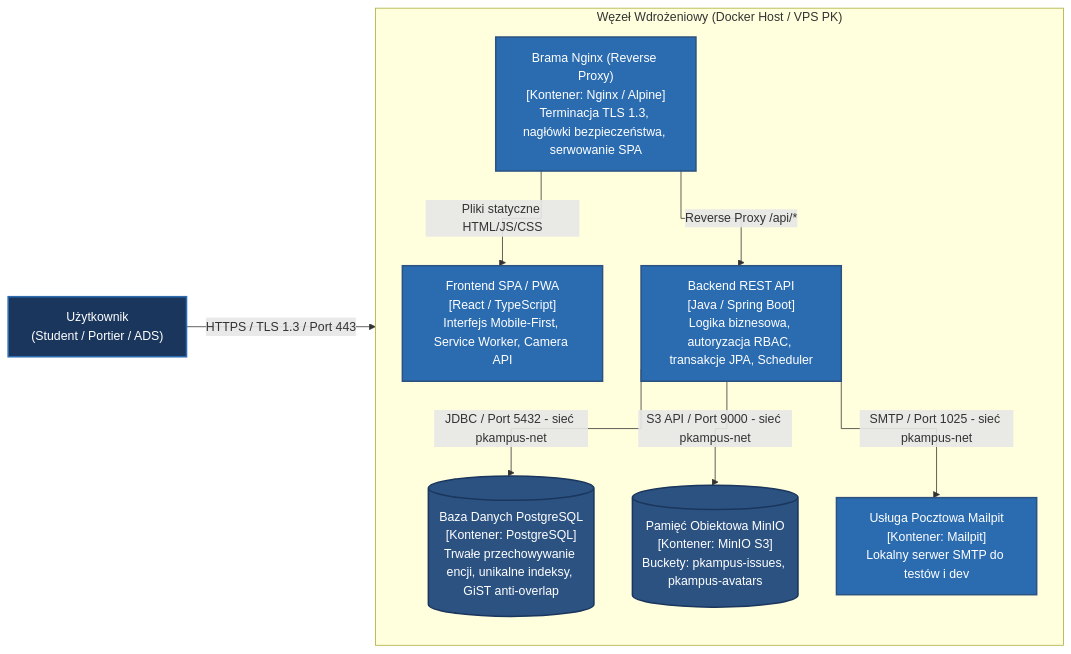
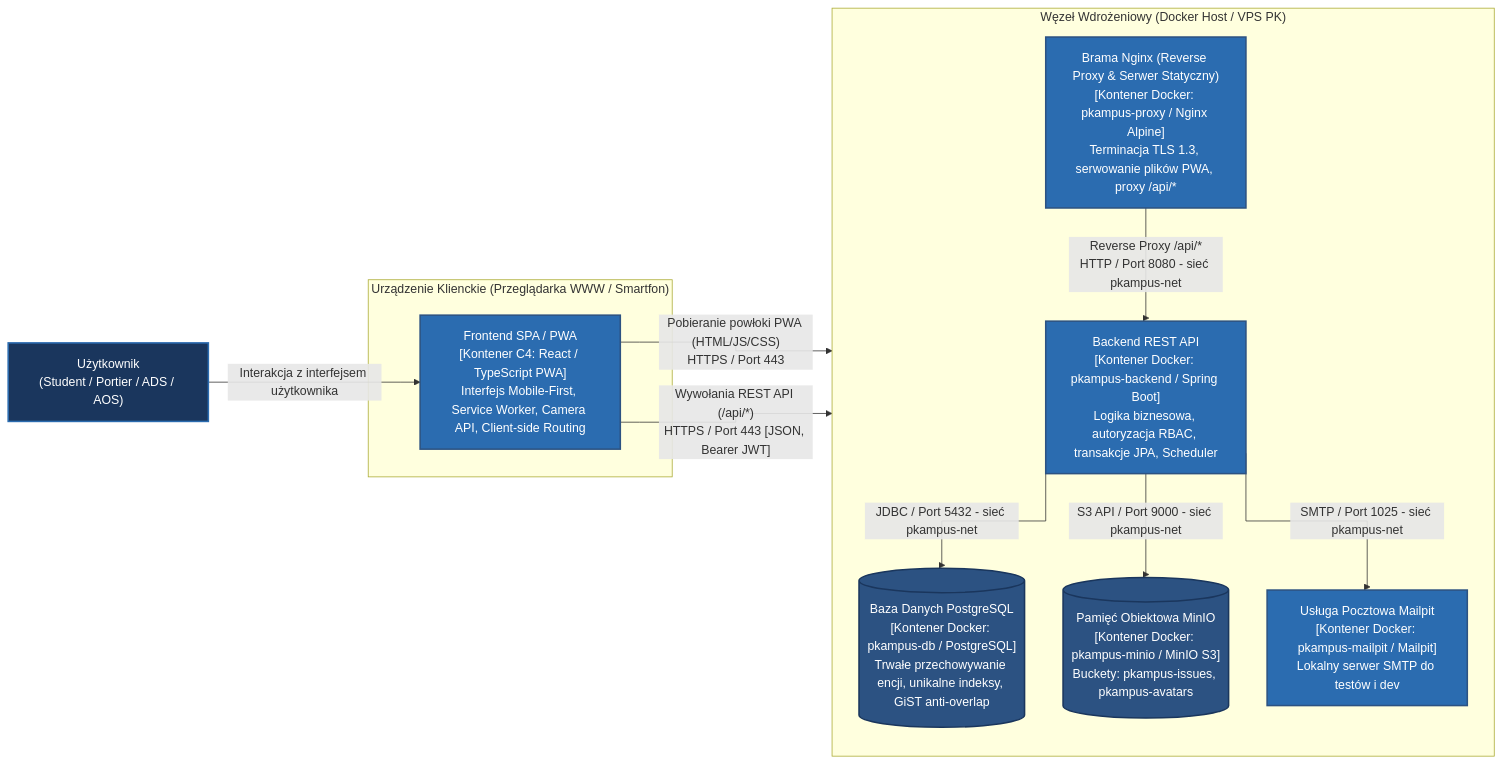
Before and after one commit to Buczy8/PKampus: the second of 3 diagrams in Docs/Diagram_Komponentow_C4.md, drawn with Mermaid. The commit also changed other lines of this file, not shown here.

Commit message:
docs: update C4 container diagram for PKampus system, enhancing clarity on components and interactions

````diff
--- a/Docs/Diagram_Komponentow_C4.md
+++ b/Docs/Diagram_Komponentow_C4.md
@@ -43,33 +50,36 @@
 ```mermaid
 %%{init: {'flowchart': {'curve': 'stepBefore'}}}%%
 flowchart LR
     classDef userStyle fill:#1a365d,stroke:#2b6cb0,stroke-width:2px,color:#fff;
     classDef containerStyle fill:#2b6cb0,stroke:#2c5282,stroke-width:2px,color:#fff;
     classDef dbStyle fill:#2c5282,stroke:#1a365d,stroke-width:2px,color:#fff;
 
-    USER["Użytkownik<br/>(Student / Portier / ADS)"]:::userStyle
+    USER["Użytkownik<br/>(Student / Portier / ADS / AOS)"]:::userStyle
+
+    subgraph CLIENT["Urządzenie Klienckie (Przeglądarka WWW / Smartfon)"]
+        SPA["Frontend SPA / PWA<br/>[Kontener C4: React / TypeScript PWA]<br/>Interfejs Mobile-First, Service Worker, Camera API, Client-side Routing"]:::containerStyle
+    end
 
     subgraph Host ["Węzeł Wdrożeniowy (Docker Host / VPS PK)"]
         direction TB
 
-        PROXY["Brama Nginx (Reverse Proxy)<br/>[Kontener: Nginx / Alpine]<br/>Terminacja TLS 1.3, nagłówki bezpieczeństwa, serwowanie SPA"]:::containerStyle
+        PROXY["Brama Nginx (Reverse Proxy & Serwer Statyczny)<br/>[Kontener Docker: pkampus-proxy / Nginx Alpine]<br/>Terminacja TLS 1.3, serwowanie plików PWA, proxy /api/*"]:::containerStyle
 
-        SPA["Frontend SPA / PWA<br/>[React / TypeScript]<br/>Interfejs Mobile-First, Service Worker, Camera API"]:::containerStyle
+        API["Backend REST API<br/>[Kontener Docker: pkampus-backend / Spring Boot]<br/>Logika biznesowa, autoryzacja RBAC, transakcje JPA, Scheduler"]:::containerStyle
 
-        API["Backend REST API<br/>[Java / Spring Boot]<br/>Logika biznesowa, autoryzacja RBAC, transakcje JPA, Scheduler"]:::containerStyle
+        DB[("Baza Danych PostgreSQL<br/>[Kontener Docker: pkampus-db / PostgreSQL]<br/>Trwałe przechowywanie encji, unikalne indeksy, GiST anti-overlap")]:::dbStyle
 
-        DB[("Baza Danych PostgreSQL<br/>[Kontener: PostgreSQL]<br/>Trwałe przechowywanie encji, unikalne indeksy, GiST anti-overlap")]:::dbStyle
+        MINIO[("Pamięć Obiektowa MinIO<br/>[Kontener Docker: pkampus-minio / MinIO S3]<br/>Buckety: pkampus-issues, pkampus-avatars")]:::dbStyle
 
-        MINIO[("Pamięć Obiektowa MinIO<br/>[Kontener: MinIO S3]<br/>Buckety: pkampus-issues, pkampus-avatars")]:::dbStyle
-
-        MAIL["Usługa Pocztowa Mailpit<br/>[Kontener: Mailpit]<br/>Lokalny serwer SMTP do testów i dev"]:::containerStyle
+        MAIL["Usługa Pocztowa Mailpit<br/>[Kontener Docker: pkampus-mailpit / Mailpit]<br/>Lokalny serwer SMTP do testów i dev"]:::containerStyle
     end
 
-    USER -->|"HTTPS / TLS 1.3 / Port 443"| PROXY
-    PROXY -->|"Pliki statyczne HTML/JS/CSS"| SPA
-    PROXY -->|"Reverse Proxy /api/*"| API
+    USER -->|"Interakcja z interfejsem użytkownika"| SPA
+    SPA -->|"Pobieranie powłoki PWA (HTML/JS/CSS)<br/>HTTPS / Port 443"| PROXY
+    SPA -->|"Wywołania REST API (/api/*)<br/>HTTPS / Port 443 [JSON, Bearer JWT]"| PROXY
+    PROXY -->|"Reverse Proxy /api/*<br/>HTTP / Port 8080 - sieć pkampus-net"| API
 
     API -->|"JDBC / Port 5432 - sieć pkampus-net"| DB
     API -->|"S3 API / Port 9000 - sieć pkampus-net"| MINIO
     API -->|"SMTP / Port 1025 - sieć pkampus-net"| MAIL
 ```
````
